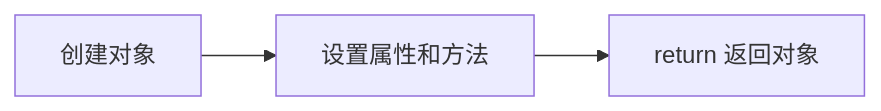
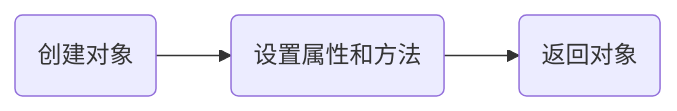
The first of 2 diagrams in docs/03-JS/03-object.md (esmyy/esmyy.github.io), drawn with Mermaid before and after one commit. The commit also changed other lines of this file and 12 other files, not shown here.

````diff
--- a/docs/03-JS/03-object.md
+++ b/docs/03-JS/03-object.md
@@ -18,4 +13,4 @@
 ```mermaid
   flowchart LR
-  A[创建对象]--> C[设置属性和方法] --> D[return 返回对象]
+  A(创建对象)--> C(设置属性和方法) --> D(返回对象)
 ```
````
